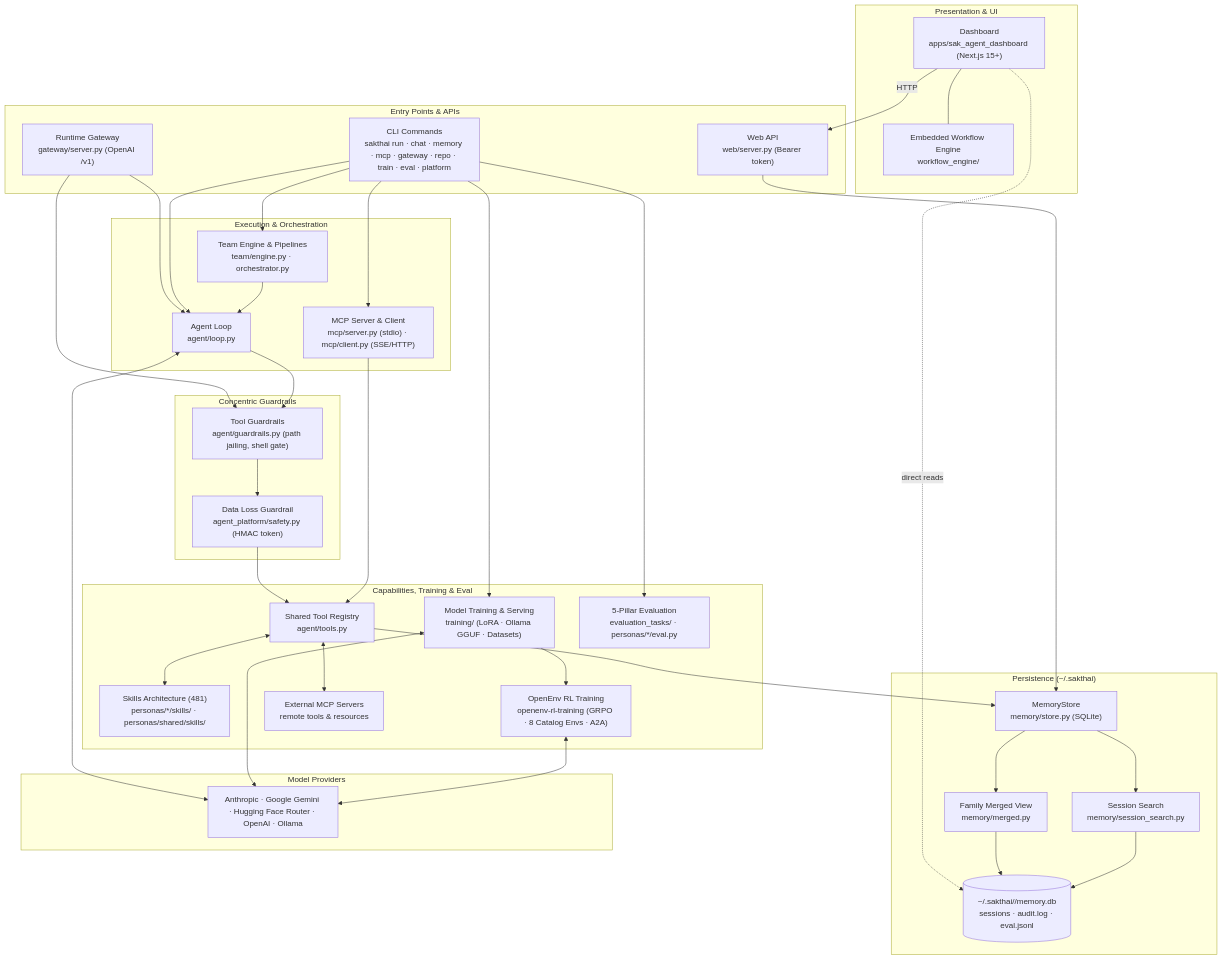
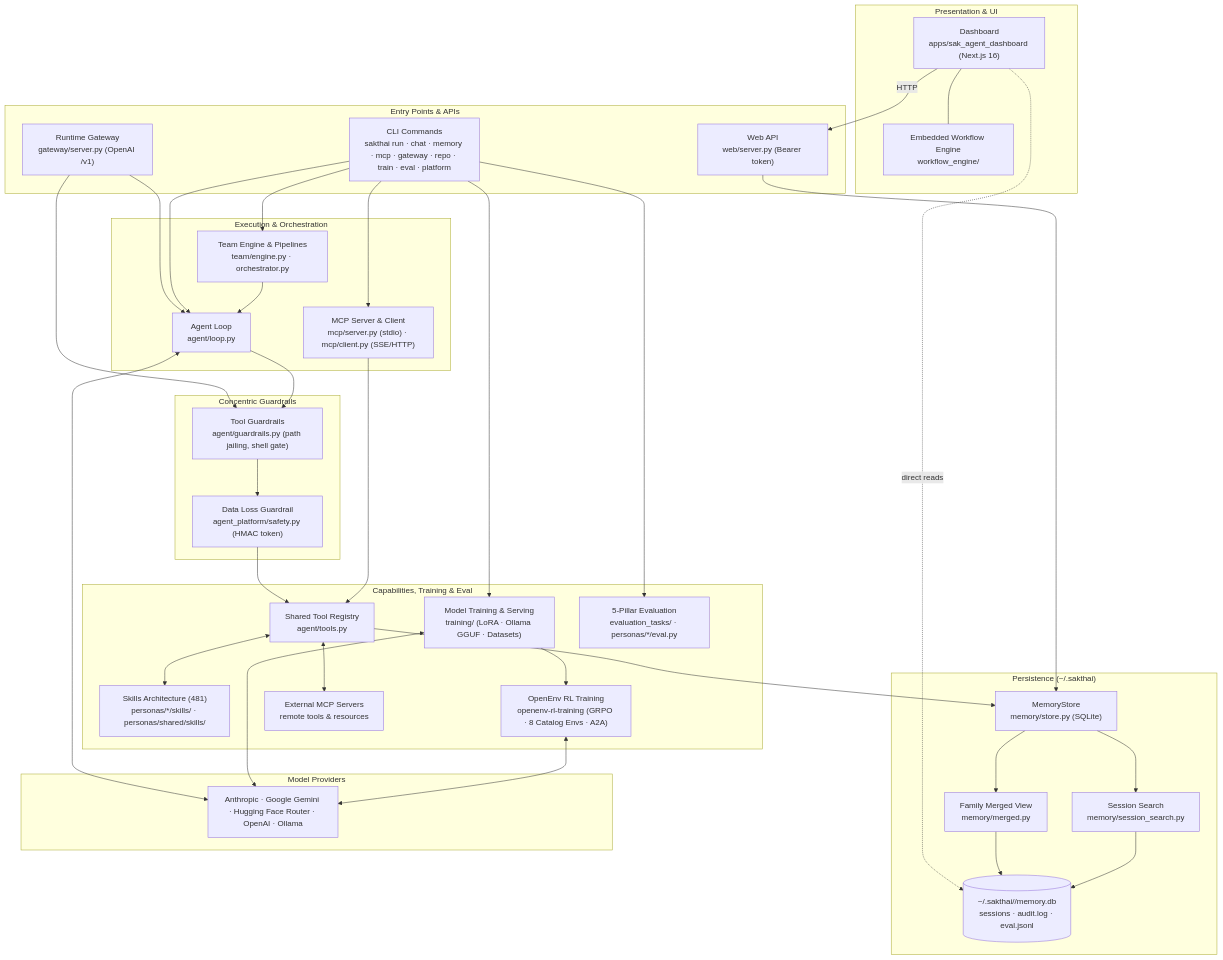
Before and after one commit to beer-sakthai/Sak-Family-Agent: the diagram in README.md, drawn with Mermaid. The commit also changed other lines of this file, not shown here.

````diff
--- a/README.md
+++ b/README.md
@@ -146,68 +146,68 @@
 ```mermaid
 flowchart TD
     subgraph Presentation ["Presentation & UI"]
-        DASH["Dashboard<br/>apps/sak_agent_dashboard (Next.js 15+)"]
+        DASH["Dashboard<br/>apps/sak_agent_dashboard (Next.js 16)"]
         ENG["Embedded Workflow Engine<br/>workflow_engine/"]
         DASH --- ENG
     end
 
     subgraph Entrypoints ["Entry Points & APIs"]
         GATEWAY["Runtime Gateway<br/>gateway/server.py (OpenAI /v1)"]
         WEB["Web API<br/>web/server.py (Bearer token)"]
         CLI["CLI Commands<br/>sakthai run · chat · memory · mcp · gateway · repo · train · eval · platform"]
     end
 
     subgraph Execution ["Execution & Orchestration"]
         LOOP["Agent Loop<br/>agent/loop.py"]
         TEAM["Team Engine & Pipelines<br/>team/engine.py · orchestrator.py"]
         MCP["MCP Server & Client<br/>mcp/server.py (stdio) · mcp/client.py (SSE/HTTP)"]
     end
 
     subgraph Safety ["Concentric Guardrails"]
         GUARD["Tool Guardrails<br/>agent/guardrails.py (path jailing, shell gate)"]
         SAFE["Data Loss Guardrail<br/>agent_platform/safety.py (HMAC token)"]
     end
 
     subgraph Capabilities ["Capabilities, Training & Eval"]
         TOOLS["Shared Tool Registry<br/>agent/tools.py"]
         SKILLS["Skills Architecture (481)<br/>personas/*/skills/ · personas/shared/skills/"]
         TRAIN["Model Training & Serving<br/>training/ (LoRA · Ollama GGUF · Datasets)"]
         OPENENV["OpenEnv RL Training<br/>openenv-rl-training (GRPO · 8 Catalog Envs · A2A)"]
         EVAL["5-Pillar Evaluation<br/>evaluation_tasks/ · personas/*/eval.py"]
         EXT["External MCP Servers<br/>remote tools & resources"]
     end
 
     subgraph Storage ["Persistence (~/.sakthai)"]
         STORE["MemoryStore<br/>memory/store.py (SQLite)"]
         SEARCH["Session Search<br/>memory/session_search.py"]
         FAMILY["Family Merged View<br/>memory/merged.py"]
         HOME[("~/.sakthai/<persona>/memory.db<br/>sessions · audit.log · eval.jsonl")]
     end
 
     subgraph Providers ["Model Providers"]
         PROV["Anthropic · Google Gemini · Hugging Face Router · OpenAI · Ollama"]
     end
 
     DASH -- HTTP --> WEB
     DASH -. direct reads .-> HOME
     GATEWAY --> LOOP
     GATEWAY --> GUARD
     WEB --> STORE
     CLI --> LOOP
     CLI --> TEAM
     CLI --> MCP
     CLI --> TRAIN
     CLI --> EVAL
     TRAIN --> OPENENV
     LOOP <--> PROV
     LOOP --> GUARD --> SAFE --> TOOLS
     TEAM --> LOOP
     MCP --> TOOLS
     TRAIN <--> PROV
     OPENENV <--> PROV
     TOOLS <--> EXT
     TOOLS <--> SKILLS
     TOOLS --> STORE
     STORE --> FAMILY --> HOME
     STORE --> SEARCH --> HOME
 ```
````
